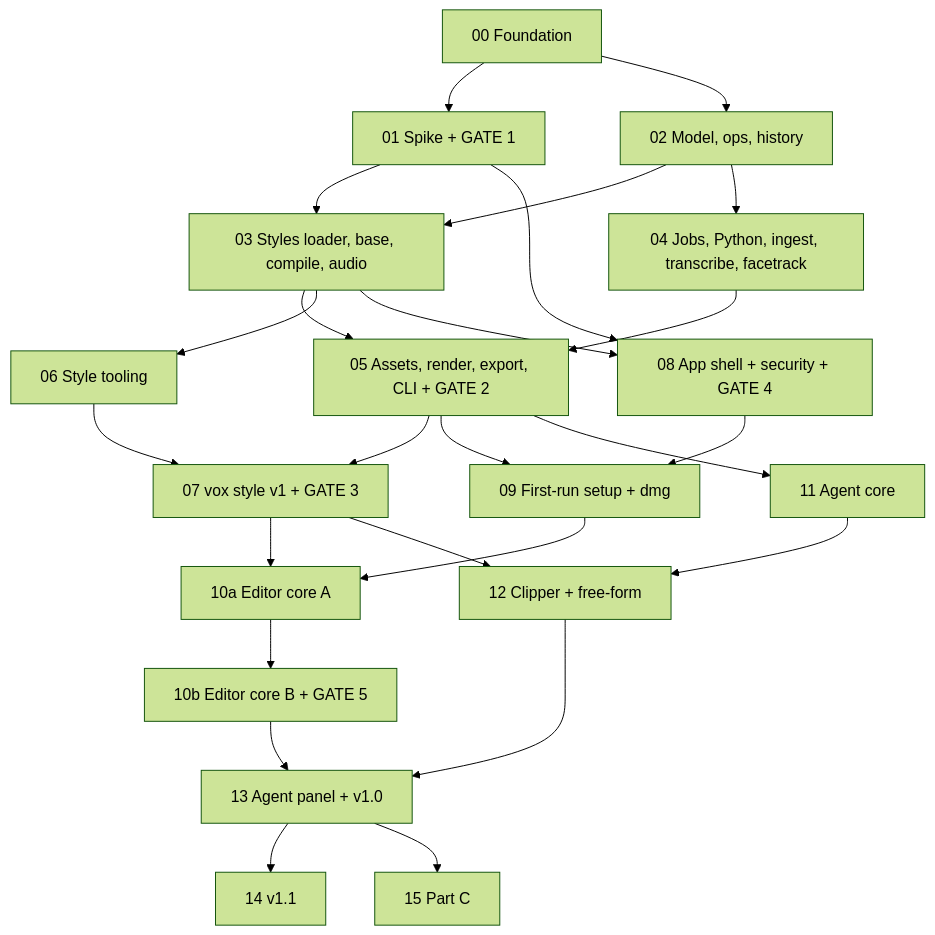
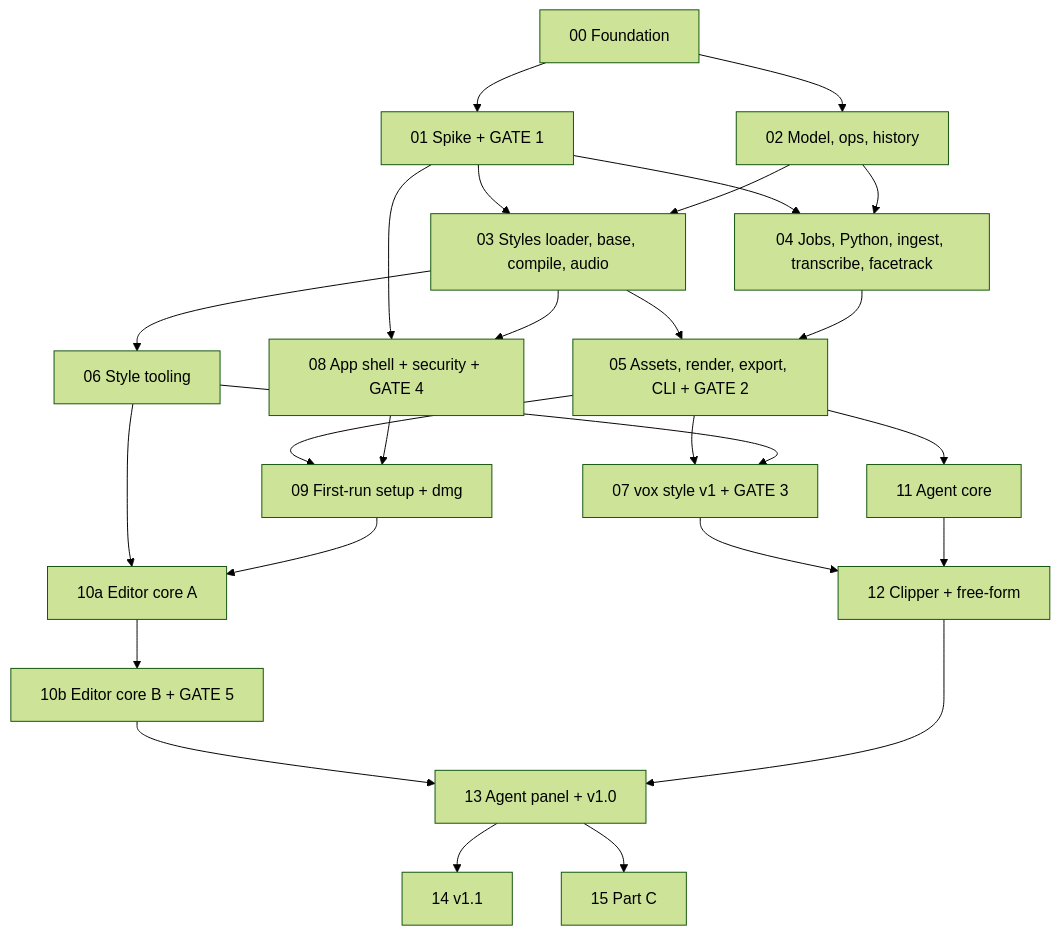
The diagram in plan/README.md (aliefauzan/open-editor), drawn with Mermaid (forest theme) before and after one commit. The commit also changed other lines of this file and 36 other files, not shown here.

````diff
--- a/plan/README.md
+++ b/plan/README.md
@@ -87,27 +88,28 @@
 ```mermaid
 graph TD
   P00[00 Foundation] --> P01[01 Spike + GATE 1]
   P00 --> P02[02 Model, ops, history]
   P01 --> P03[03 Styles loader, base, compile, audio]
   P02 --> P03
-  P02 --> P04[04 Jobs, Python, ingest, transcribe, facetrack]
+  P01 --> P04[04 Jobs, Python, ingest, transcribe, facetrack]
+  P02 --> P04
   P03 --> P05[05 Assets, render, export, CLI + GATE 2]
   P04 --> P05
   P03 --> P06[06 Style tooling]
   P05 --> P07[07 vox style v1 + GATE 3]
   P06 --> P07
   P01 --> P08[08 App shell + security + GATE 4]
   P03 --> P08
   P05 --> P09[09 First-run setup + dmg]
   P08 --> P09
-  P07 --> P10a[10a Editor core A]
+  P06 --> P10a[10a Editor core A]
   P09 --> P10a
   P10a --> P10b[10b Editor core B + GATE 5]
   P05 --> P11[11 Agent core]
   P07 --> P12[12 Clipper + free-form]
   P11 --> P12
   P10b --> P13[13 Agent panel + v1.0]
   P12 --> P13
   P13 --> P14[14 v1.1]
   P13 --> P15[15 Part C]
 ```
````
